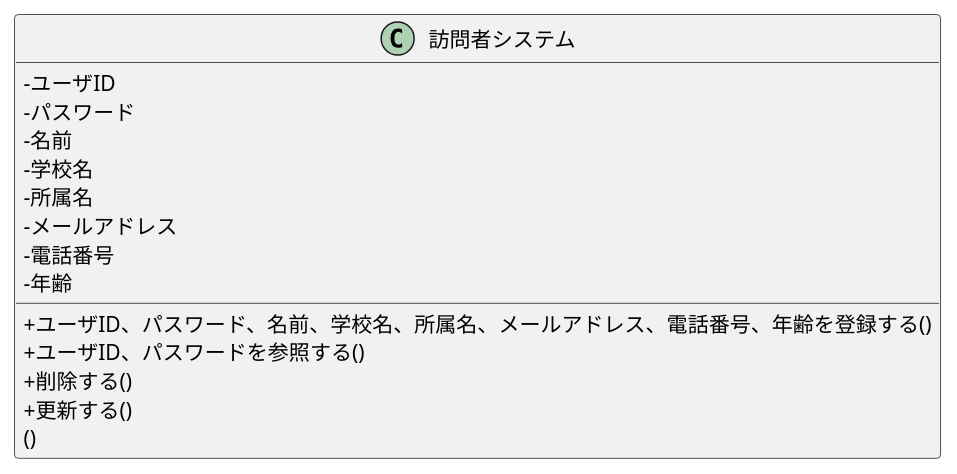
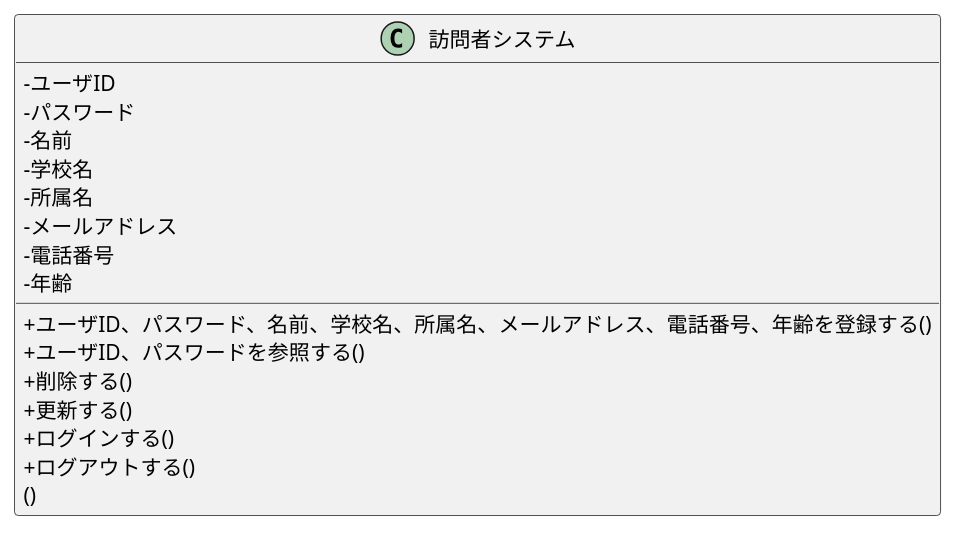
The diagram in group/07_Web_visitor/class.pu (o-harahibiki0416/o-hara_uml), drawn with PlantUML before and after one commit. The commit also changed 2 other files, not shown here.

```diff
--- a/group/07_Web_visitor/class.pu
+++ b/group/07_Web_visitor/class.pu
@@ -1,19 +1,21 @@
 @startuml 07_class
 
 skinparam classAttributeIconSize 0
 class 訪問者システム {
  -ユーザID
  -パスワード
  -名前
  -学校名
  -所属名
  -メールアドレス
  -電話番号
  -年齢
  +ユーザID、パスワード、名前、学校名、所属名、メールアドレス、電話番号、年齢を登録する()
  +ユーザID、パスワードを参照する()
  +削除する()
  +更新する()
+ +ログインする()
+ +ログアウトする()
  ()
 }
 @enduml
```
